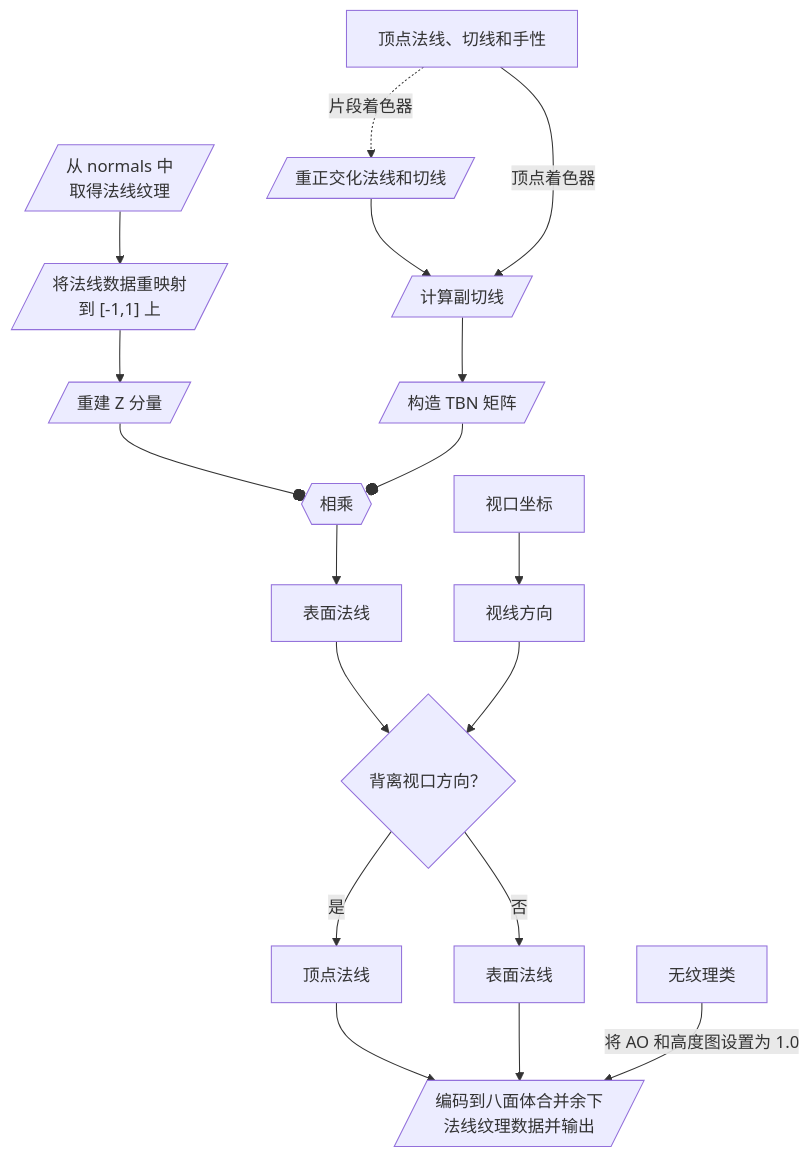
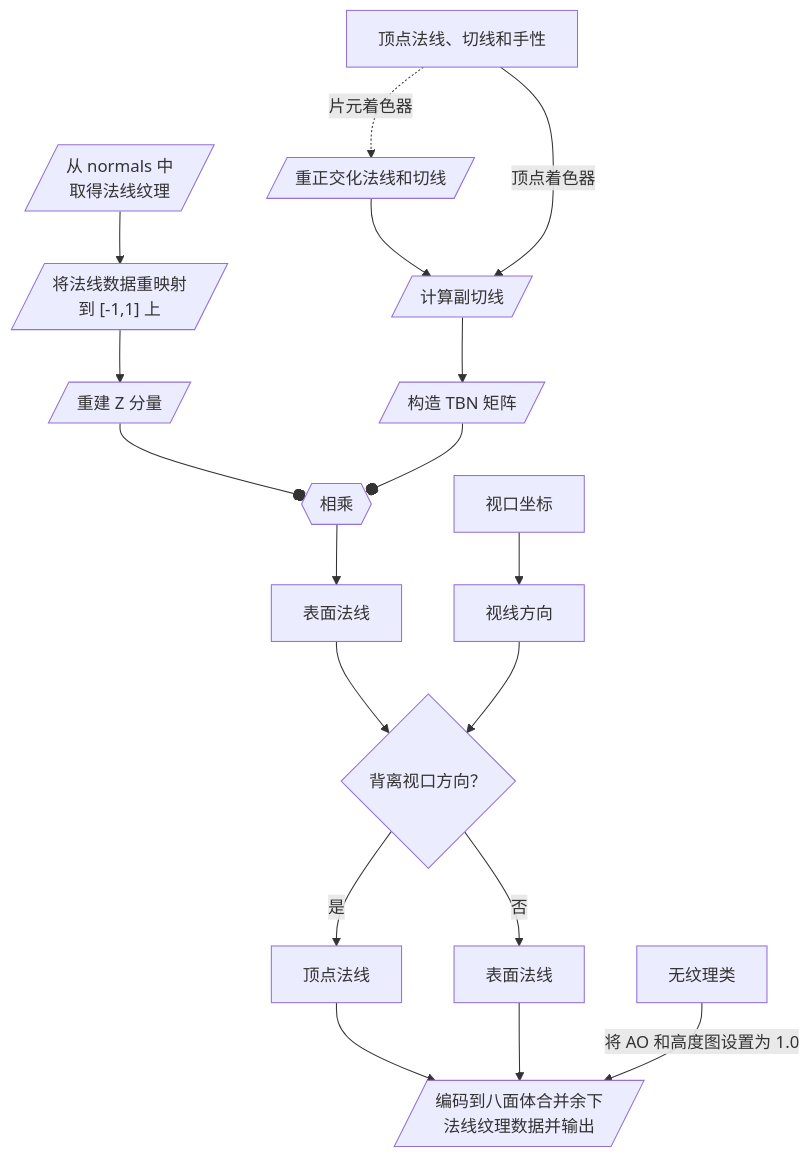
The first of 4 diagrams in Writerside/topics/Developer/Tutorial/Shader/2-3-1-advancedLighting.md (MineGraphCN/MGC_Docs), drawn with Mermaid before and after one commit. The commit also changed other lines of this file and 7 other files, not shown here.

````diff
--- a/Writerside/topics/Developer/Tutorial/Shader/2-3-1-advancedLighting.md
+++ b/Writerside/topics/Developer/Tutorial/Shader/2-3-1-advancedLighting.md
@@ -681,26 +681,26 @@
 ```mermaid
 flowchart TD
     out["顶点法线、切线和手性"]
     out2[视口坐标] --> in[视线方向]
     T1[/"`从 normals 中
     取得法线纹理`"/] --> T2
     T2[/"`将法线数据重映射
     到 [-1,1] 上`"/] --> T3
     T3[/重建 Z 分量/]
     TBN1[/"重正交化法线和切线"/] --> TBN2
     TBN2[/"计算副切线"/] --> TBN3
     TBN3[/"构造 TBN 矩阵"/]
     CVS{"背离视口方向？"}
     YES[顶点法线]
     NO[表面法线]
     T3 --o MUL{{相乘}} --> SN[表面法线] --> CVS
     TBN3 --o MUL
     CVS -- 是 --> YES
     CVS -- 否 --> NO
-    out -. 片段着色器 .-> TBN1
+    out -. 片元着色器 .-> TBN1
     out -- 顶点着色器 --> TBN2
     in --> CVS
     YES & NO --> EW[/"编码到八面体合并余下
     法线纹理数据并输出"/]
     TL[无纹理类] -- 将 AO 和高度图设置为 1.0 --> EW
 ```
````
